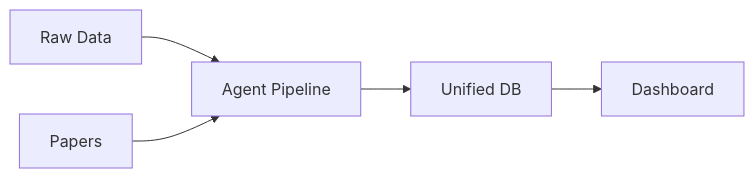
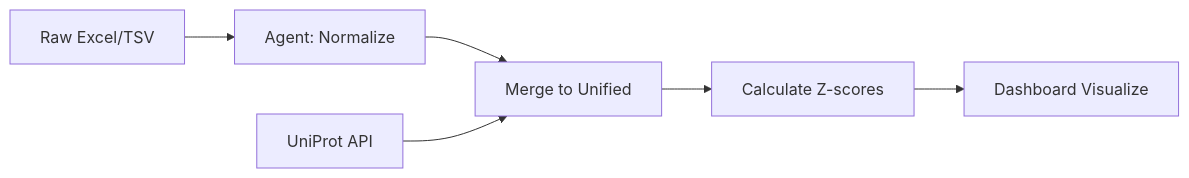
The second of 2 diagrams in CLAUDE.md (raimbetov/ecm-atlas), drawn with Mermaid before and after one commit. The commit also changed other lines of this file, not shown here.

First line of the commit message:
docs: refactor CLAUDE.md with ontological diagrams and condensed structure

````diff
--- a/CLAUDE.md
+++ b/CLAUDE.md
@@ -9,7 +23,8 @@
 ```mermaid
 graph LR
-    A[Raw Data] --> B[Agent Pipeline]
-    B --> C[Unified DB]
-    C --> D[Dashboard]
-    E[Papers] --> B
+    A[Raw Excel/TSV] --> B[Agent: Normalize]
+    B --> C[Merge to Unified]
+    C --> D[Calculate Z-scores]
+    D --> E[Dashboard Visualize]
+    F[UniProt API] --> C
 ```
````
